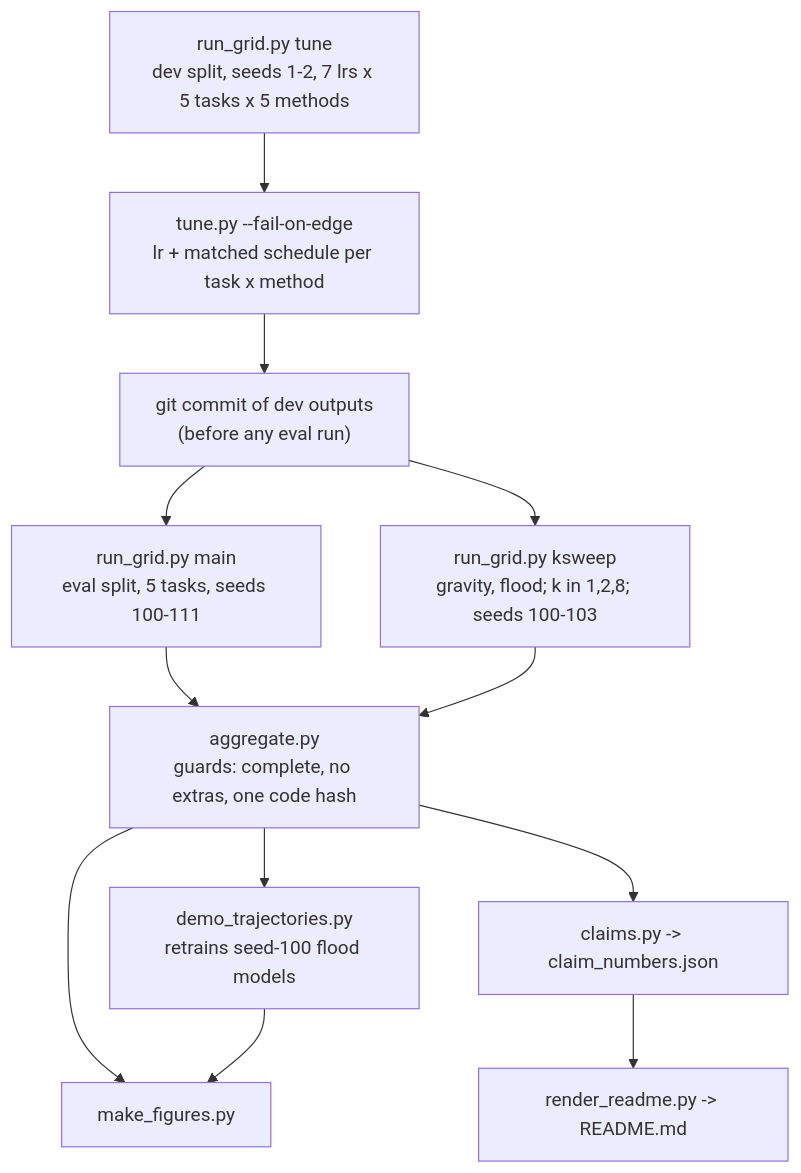
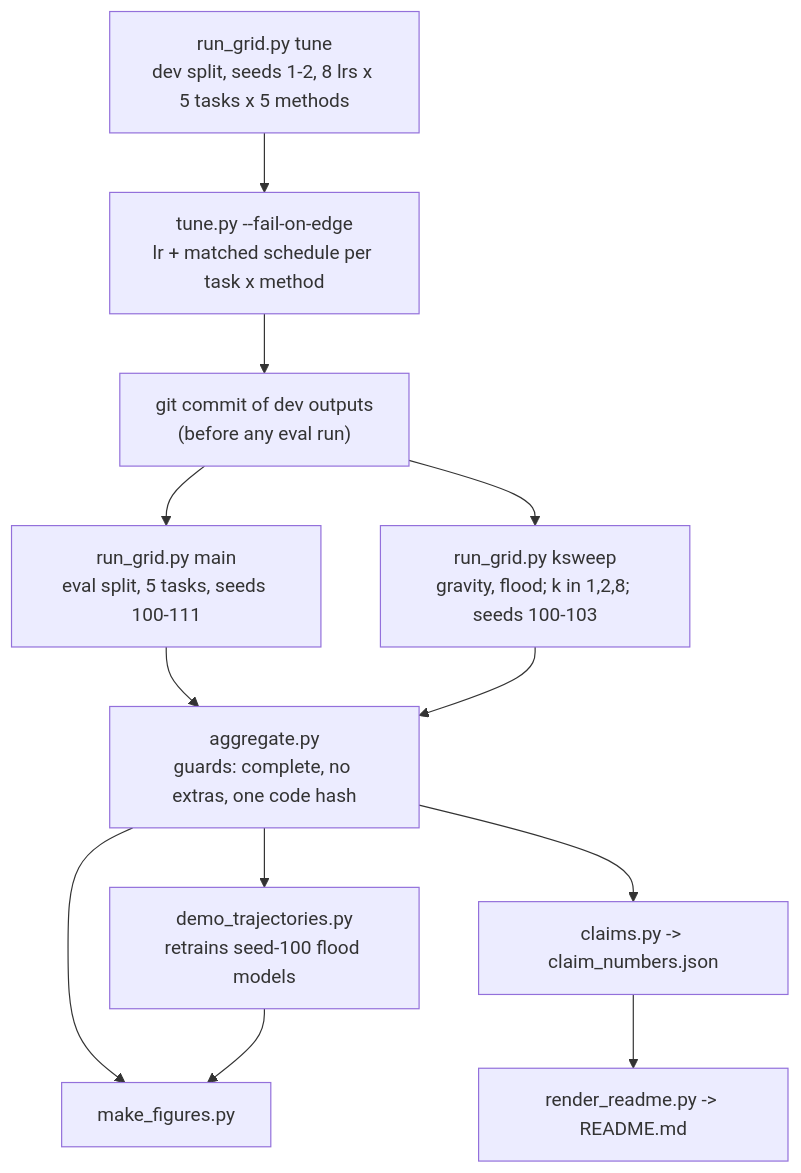
One commit to arman-dogru/drm-recursion-curriculum-microbench changed the third of 3 diagrams in docs/README.template.md. Above: the diagram before and after it, drawn with Mermaid. The commit also changed 5 other files, not shown here.

Commit message:
Last dev-only lr extension (6.4e-2, every task and method); pipeline FAIL_ON_EDGE switch

````diff
--- a/docs/README.template.md
+++ b/docs/README.template.md
@@ -180,14 +180,14 @@
 ```mermaid
 flowchart TD
-  T["run_grid.py tune<br/>dev split, seeds 1-2, 7 lrs x 5 tasks x 5 methods"] --> U["tune.py --fail-on-edge<br/>lr + matched schedule per task x method"]
+  T["run_grid.py tune<br/>dev split, seeds 1-2, 8 lrs x 5 tasks x 5 methods"] --> U["tune.py --fail-on-edge<br/>lr + matched schedule per task x method"]
   U --> G["git commit of dev outputs<br/>(before any eval run)"]
   G --> M["run_grid.py main<br/>eval split, 5 tasks, seeds 100-111"]
   G --> K["run_grid.py ksweep<br/>gravity, flood; k in 1,2,8; seeds 100-103"]
   M --> A["aggregate.py<br/>guards: complete, no extras, one code hash"]
   K --> A
   A --> D["demo_trajectories.py<br/>retrains seed-100 flood models"]
   A --> F["make_figures.py"]
   D --> F
   A --> C["claims.py -> claim_numbers.json"]
   C --> R["render_readme.py -> README.md"]
 ```
````
